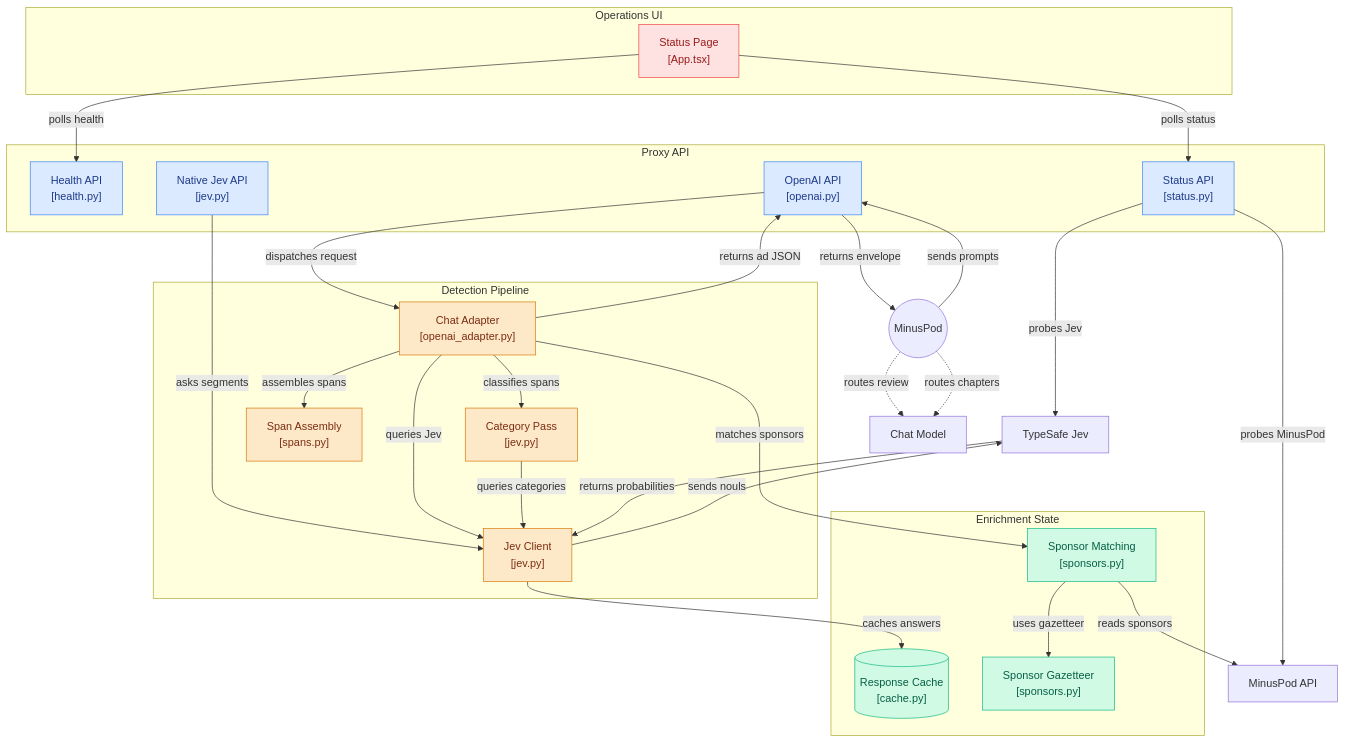
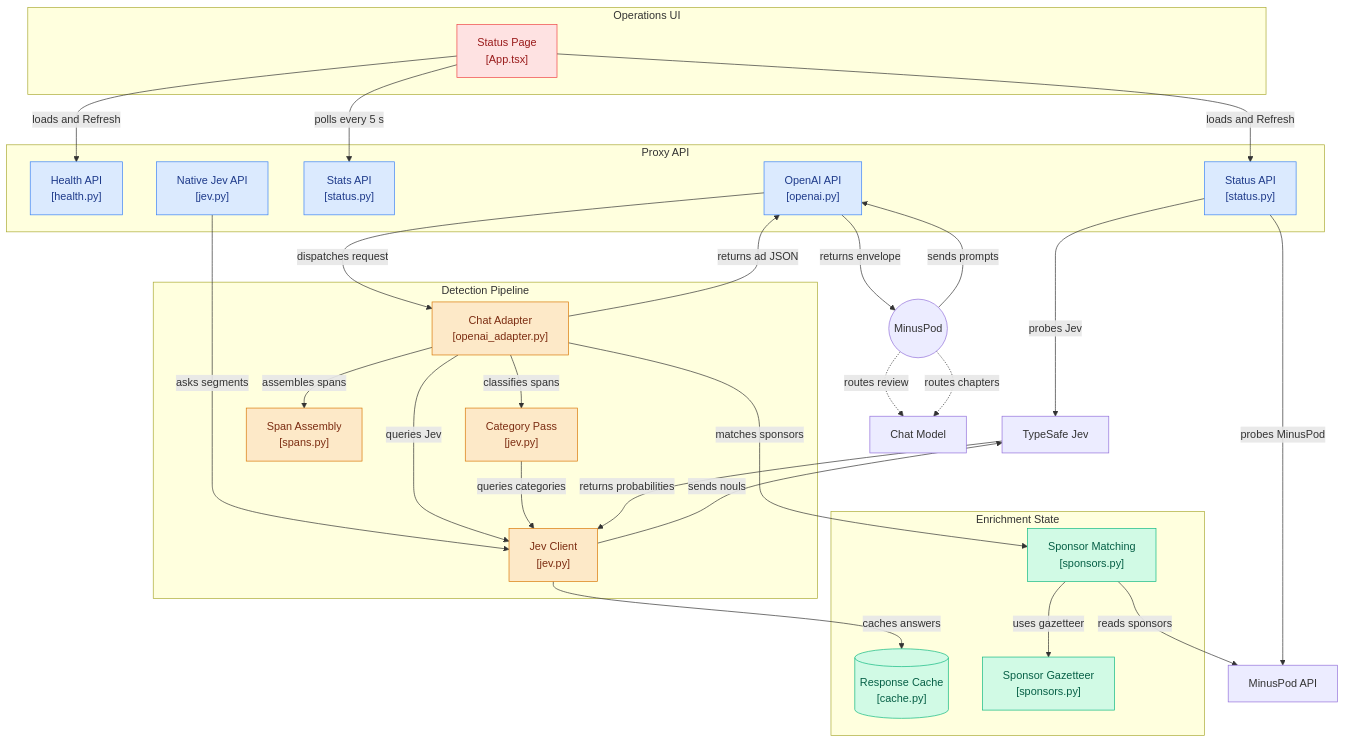
One commit to ttlequals0/MinusPodJev changed the diagram in README.md. Above: the diagram before and after it, drawn with Mermaid. The commit also changed other lines of this file and 1 other file, not shown here.

Commit message:
Tweak README diagram and worker-count notes

````diff
--- a/README.md
+++ b/README.md
@@ -18,67 +18,69 @@
 ```mermaid
 flowchart TD
   subgraph ops["Operations UI"]
     statuspage["Status Page<br/>[App.tsx]"]
   end
 
   subgraph proxyapi["Proxy API"]
     health["Health API<br/>[health.py]"]
     status["Status API<br/>[status.py]"]
+    stats["Stats API<br/>[status.py]"]
     nativejev["Native Jev API<br/>[jev.py]"]
     openai["OpenAI API<br/>[openai.py]"]
   end
 
   subgraph pipeline["Detection Pipeline"]
     adapter["Chat Adapter<br/>[openai_adapter.py]"]
     category["Category Pass<br/>[jev.py]"]
     spans["Span Assembly<br/>[spans.py]"]
     jevclient["Jev Client<br/>[jev.py]"]
   end
 
   subgraph enrich["Enrichment State"]
     cache[("Response Cache<br/>[cache.py]")]
     sponsors["Sponsor Matching<br/>[sponsors.py]"]
     gazetteer["Sponsor Gazetteer<br/>[sponsors.py]"]
   end
 
   typesafe["TypeSafe Jev"]
   minuspod((MinusPod))
   chatmodel["Chat Model"]
   mpapi["MinusPod API"]
 
-  statuspage -->|polls health| health
-  statuspage -->|polls status| status
+  statuspage -->|loads and Refresh| health
+  statuspage -->|loads and Refresh| status
+  statuspage -->|polls every 5 s| stats
   status -->|probes Jev| typesafe
   status -->|probes MinusPod| mpapi
 
   minuspod -->|sends prompts| openai
   openai -->|returns envelope| minuspod
   openai -->|dispatches request| adapter
   adapter -->|returns ad JSON| openai
   nativejev -->|asks segments| jevclient
 
   adapter -->|classifies spans| category
   adapter -->|assembles spans| spans
   adapter -->|queries Jev| jevclient
   category -->|queries categories| jevclient
   adapter -->|matches sponsors| sponsors
 
   jevclient -->|sends nouls| typesafe
   typesafe -->|returns probabilities| jevclient
   jevclient -->|caches answers| cache
 
   sponsors -->|uses gazetteer| gazetteer
   sponsors -->|reads sponsors| mpapi
 
   minuspod -.->|routes review| chatmodel
   minuspod -.->|routes chapters| chatmodel
 
   classDef proxyc fill:#dbeafe,stroke:#3b82f6,color:#1e3a8a
   classDef pipec fill:#fde9c8,stroke:#d97706,color:#7c2d12
   classDef enrichc fill:#d1fae5,stroke:#10b981,color:#065f46
   classDef statusc fill:#fee2e2,stroke:#ef4444,color:#991b1b
-  class health,status,nativejev,openai proxyc
+  class health,status,stats,nativejev,openai proxyc
   class adapter,category,spans,jevclient pipec
   class cache,sponsors,gazetteer enrichc
   class statuspage statusc
 ```
````
